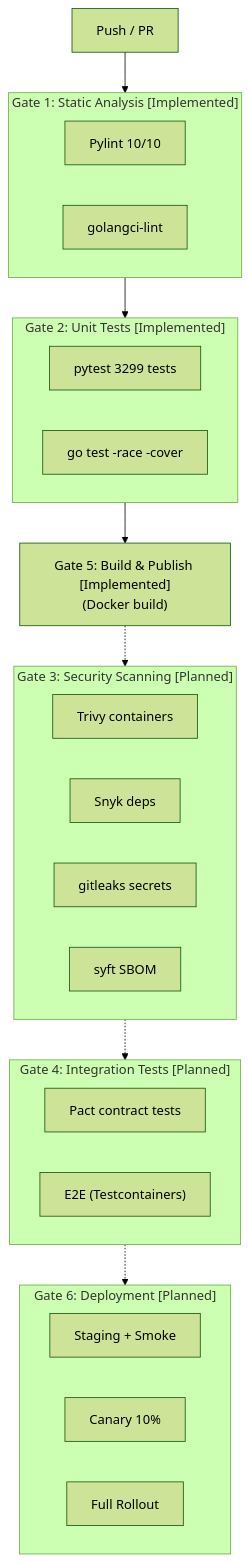
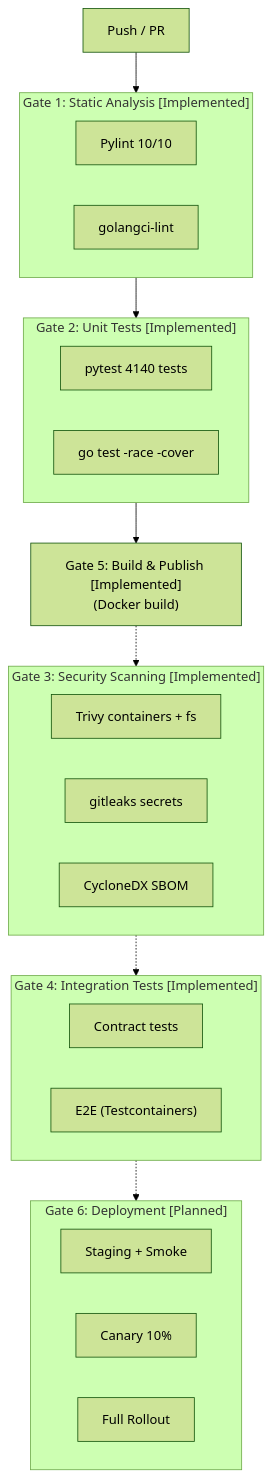
The eighth of 10 diagrams in docs/SPEC.md (jdiitm/graphrag-architect), drawn with Mermaid (forest theme) before and after one commit. The commit also changed other lines of this file and 20 other files, not shown here.

````diff
--- a/docs/SPEC.md
+++ b/docs/SPEC.md
@@ -1724,32 +1724,31 @@
 ```mermaid
 flowchart TD
     Push["Push / PR"] --> G1
     subgraph G1 ["Gate 1: Static Analysis [Implemented]"]
         Pylint["Pylint 10/10"]
         GolangciLint["golangci-lint"]
     end
     G1 --> G2
     subgraph G2 ["Gate 2: Unit Tests [Implemented]"]
-        Py["pytest 3299 tests"]
+        Py["pytest 4140 tests"]
         Go["go test -race -cover"]
     end
     G2 --> G5["Gate 5: Build & Publish [Implemented]<br/>(Docker build)"]
     G5 -.-> G3
-    subgraph G3 ["Gate 3: Security Scanning [Planned]"]
-        Trivy["Trivy containers"]
-        Snyk["Snyk deps"]
+    subgraph G3 ["Gate 3: Security Scanning [Implemented]"]
+        Trivy["Trivy containers + fs"]
         Gitleaks["gitleaks secrets"]
-        SBOM["syft SBOM"]
+        SBOM["CycloneDX SBOM"]
     end
     G3 -.-> G4
-    subgraph G4 ["Gate 4: Integration Tests [Planned]"]
-        Contract["Pact contract tests"]
+    subgraph G4 ["Gate 4: Integration Tests [Implemented]"]
+        Contract["Contract tests"]
         E2E["E2E (Testcontainers)"]
     end
     G4 -.-> G6
     subgraph G6 ["Gate 6: Deployment [Planned]"]
         Staging["Staging + Smoke"]
         Canary["Canary 10%"]
         Full["Full Rollout"]
     end
 ```
````
